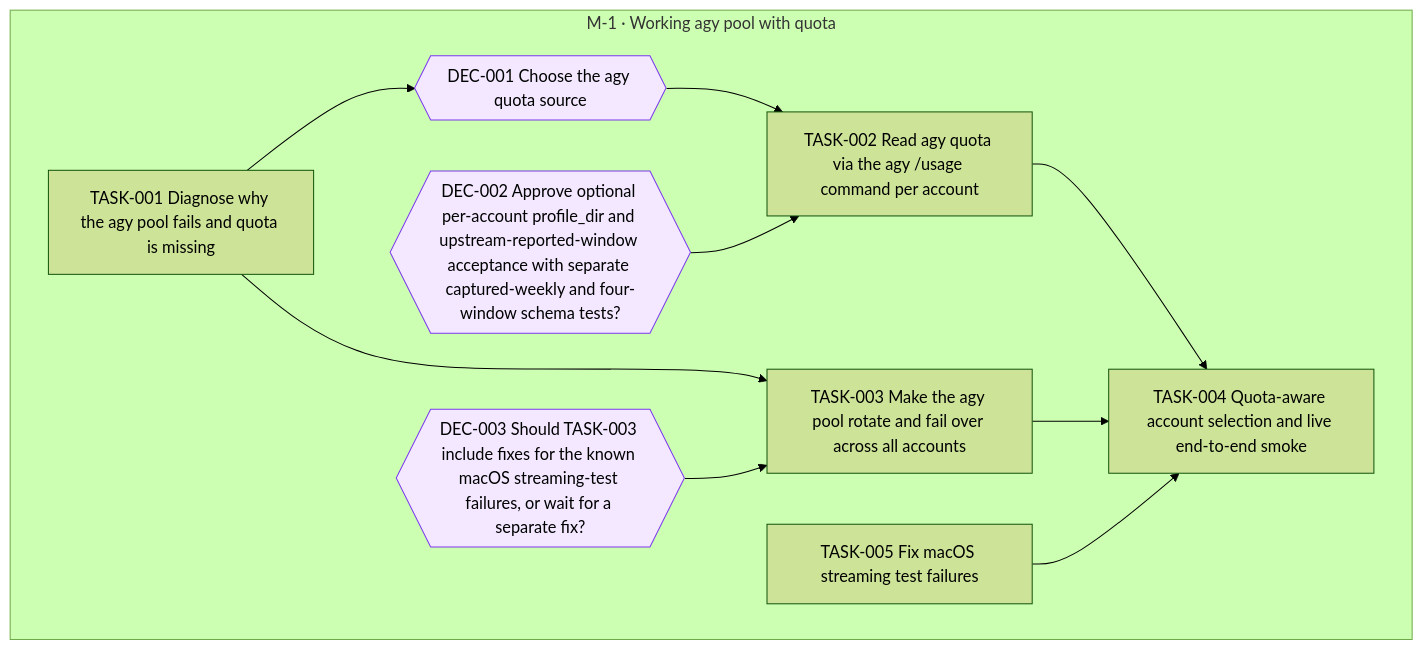
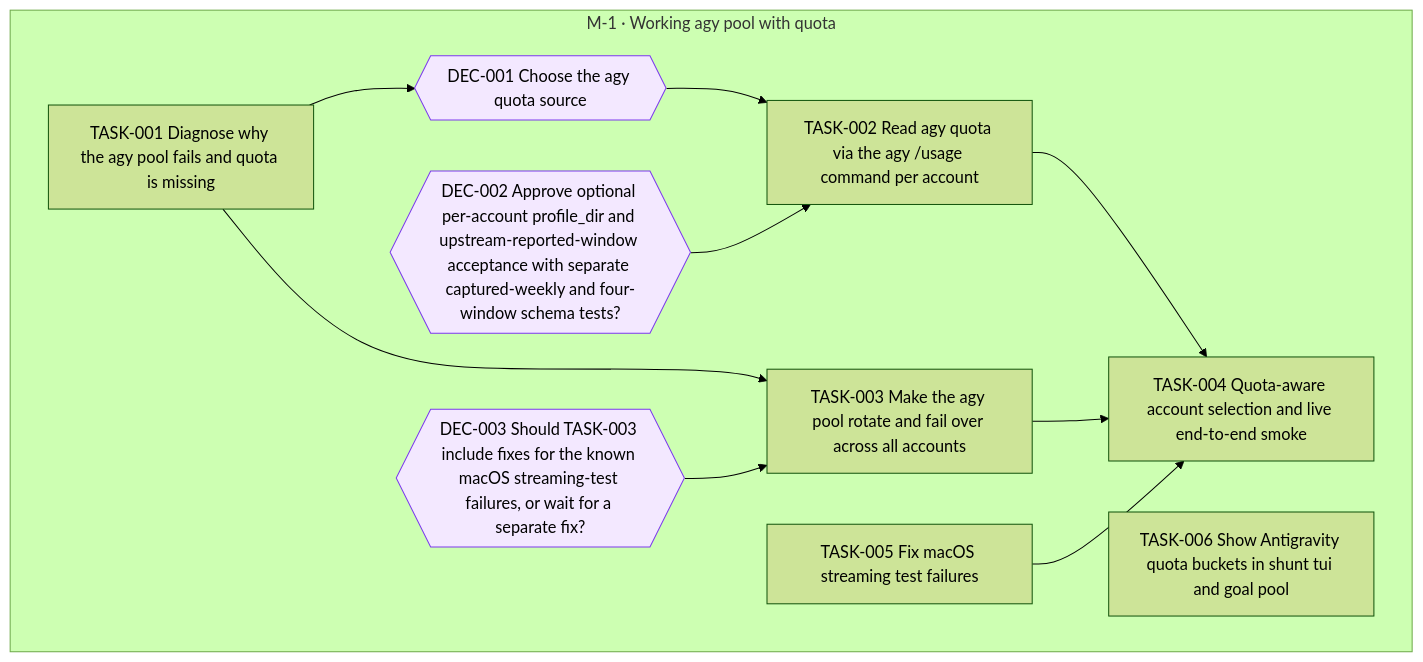
The diagram in goals/agy-pool/README.md (jesusvillota/shunt), drawn with Mermaid (forest theme) before and after one commit. The commit also changed 1 other file, not shown here.

Commit message:
goal(agy-pool): add TASK-006 Show Antigravity quota buckets in shunt tui and goal pool

````diff
--- a/goals/agy-pool/README.md
+++ b/goals/agy-pool/README.md
@@ -19,27 +19,28 @@
 ```mermaid
 flowchart TD
   subgraph M_1["M-1 · Working agy pool with quota"]
     DEC_001{{"DEC-001 Choose the agy quota source"}}
     DEC_002{{"DEC-002 Approve optional per-account profile_dir and upstream-reported-window acceptance with separate captured-weekly and four-window schema tests?"}}
     DEC_003{{"DEC-003 Should TASK-003 include fixes for the known macOS streaming-test failures, or wait for a separate fix?"}}
     TASK_001["TASK-001 Diagnose why the agy pool fails and quota is missing"]
     TASK_002["TASK-002 Read agy quota via the agy /usage command per account"]
     TASK_003["TASK-003 Make the agy pool rotate and fail over across all accounts"]
     TASK_004["TASK-004 Quota-aware account selection and live end-to-end smoke"]
     TASK_005["TASK-005 Fix macOS streaming test failures"]
+    TASK_006["TASK-006 Show Antigravity quota buckets in shunt tui and goal pool"]
   end
   TASK_001 --> DEC_001
   DEC_001 --> TASK_002
   DEC_002 --> TASK_002
   TASK_001 --> TASK_003
   DEC_003 --> TASK_003
   TASK_002 --> TASK_004
   TASK_003 --> TASK_004
   TASK_005 --> TASK_004
   classDef draft stroke-dasharray: 4 3
   classDef cancelled opacity:0.45
   classDef decision fill:#f3e8ff,stroke:#7c3aed
   class DEC_001 decision
   class DEC_002 decision
   class DEC_003 decision
 ```
````
